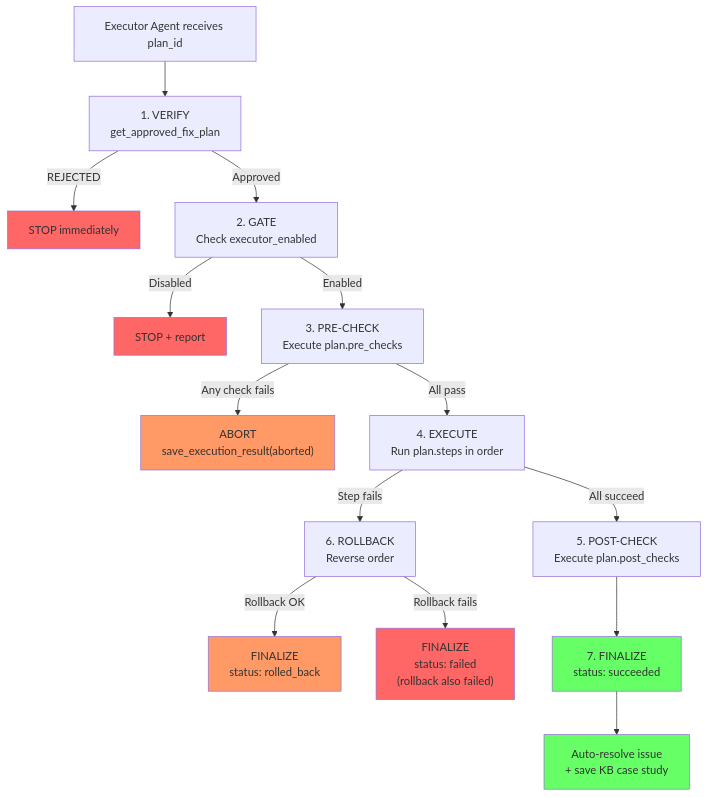
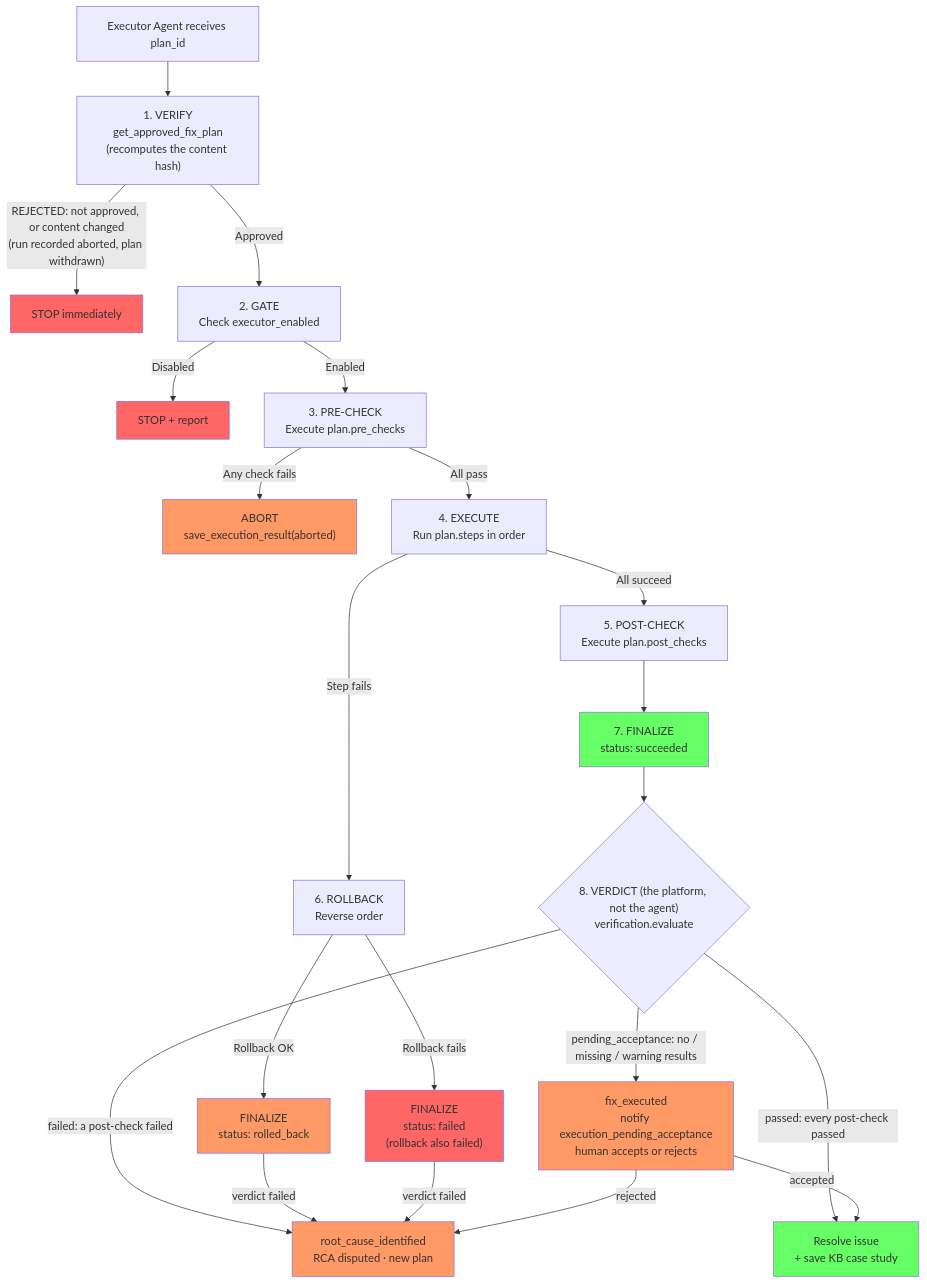
One commit to LiboMa/agenticops-chat changed the seventh of 21 diagrams in docs/WORKFLOW.md. Above: the diagram before and after it, drawn with Mermaid. The commit also changed other lines of this file and 3 other files, not shown here.

Commit message:
docs(issue-change): MVP-2.6.1 issue/change logic — lifecycle diagram matches the transitions, verdict + acceptance, intake, plan read tools (README/README_CN in sync)

````diff
--- a/docs/WORKFLOW.md
+++ b/docs/WORKFLOW.md
@@ -313,28 +320,37 @@
 ```mermaid
 flowchart TD
-    START["Executor Agent receives plan_id"] --> VERIFY["1. VERIFY<br/>get_approved_fix_plan"]
-    VERIFY -->|"REJECTED"| STOP["STOP immediately"]
+    START["Executor Agent receives plan_id"] --> VERIFY["1. VERIFY<br/>get_approved_fix_plan<br/>(recomputes the content hash)"]
+    VERIFY -->|"REJECTED: not approved, or content changed<br/>(run recorded aborted, plan withdrawn)"| STOP["STOP immediately"]
     VERIFY -->|"Approved"| GATE["2. GATE<br/>Check executor_enabled"]
     GATE -->|"Disabled"| STOP2["STOP + report"]
     GATE -->|"Enabled"| PRE["3. PRE-CHECK<br/>Execute plan.pre_checks"]
 
     PRE -->|"Any check fails"| ABORT["ABORT<br/>save_execution_result(aborted)"]
     PRE -->|"All pass"| EXEC["4. EXECUTE<br/>Run plan.steps in order"]
 
     EXEC -->|"Step fails"| ROLLBACK["6. ROLLBACK<br/>Reverse order"]
     EXEC -->|"All succeed"| POST["5. POST-CHECK<br/>Execute plan.post_checks"]
 
     ROLLBACK -->|"Rollback OK"| FINAL_RB["FINALIZE<br/>status: rolled_back"]
     ROLLBACK -->|"Rollback fails"| FINAL_FAIL["FINALIZE<br/>status: failed<br/>(rollback also failed)"]
 
     POST --> FINAL_OK["7. FINALIZE<br/>status: succeeded"]
-    FINAL_OK --> RESOLVE["Auto-resolve issue<br/>+ save KB case study"]
+    FINAL_OK --> VERDICT{"8. VERDICT (the platform, not the agent)<br/>verification.evaluate"}
+    VERDICT -->|"passed: every post-check passed"| RESOLVE["Resolve issue<br/>+ save KB case study"]
+    VERDICT -->|"pending_acceptance: no / missing / warning results"| ACCEPT["fix_executed<br/>notify execution_pending_acceptance<br/>human accepts or rejects"]
+    VERDICT -->|"failed: a post-check failed"| REPLAN["root_cause_identified<br/>RCA disputed · new plan"]
+    FINAL_RB -->|"verdict failed"| REPLAN
+    FINAL_FAIL -->|"verdict failed"| REPLAN
+    ACCEPT -->|"accepted"| RESOLVE
+    ACCEPT -->|"rejected"| REPLAN
 
     style STOP fill:#f66
     style STOP2 fill:#f66
     style ABORT fill:#f96
     style FINAL_FAIL fill:#f66
     style FINAL_RB fill:#f96
     style FINAL_OK fill:#6f6
     style RESOLVE fill:#6f6
+    style ACCEPT fill:#f96
+    style REPLAN fill:#f96
 ```
````
